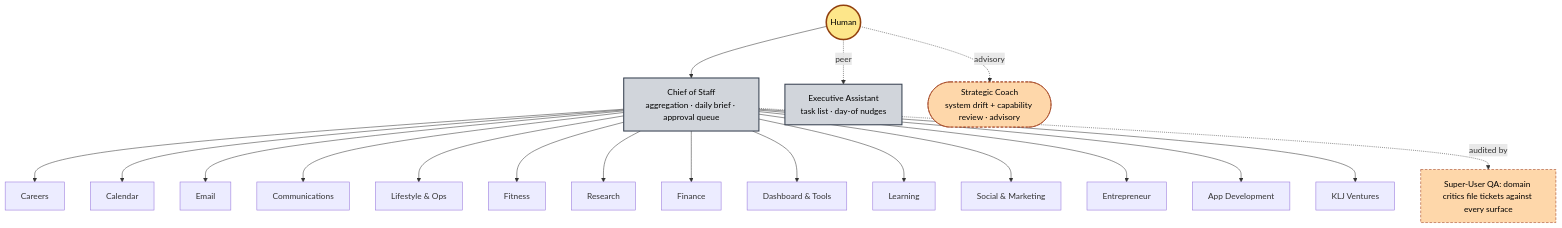
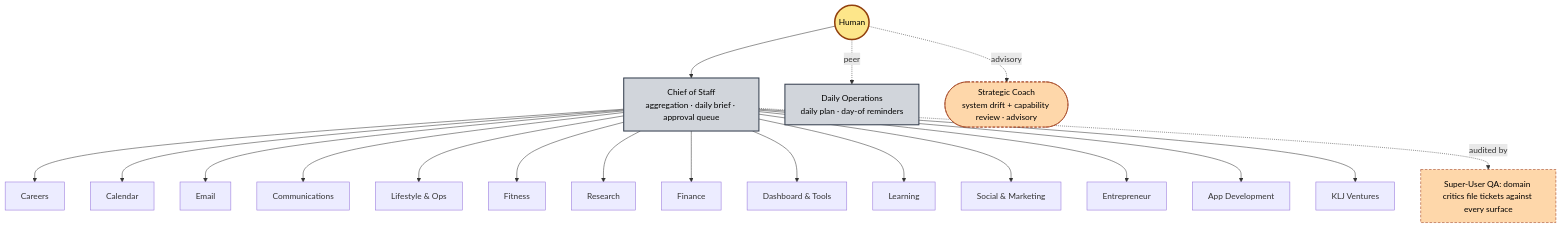
One commit to khlittlejohn-hue/executive-office changed the diagram in README.md. Above: the diagram before and after it, drawn with Mermaid. The commit also changed 2 other files, not shown here.

Commit message:
Reword two role labels: "Executive Assistant" to "Daily Operations", "inbox triage" to "correspondence sorting"
Text only (Kyle decision 747). Matches the Daily Operations label on the website's
Executive Office map. README: diagram node label and id (EA to DOPS) and its
description. ARCHITECTURE: the leadership-layer row and the Email department row.
AGENT-CATALOG: the leadership-layer sentence and table row. Descriptions that read
as assistant work ("task list", "nudges", "inbound routing") now read "daily plan",
"reminders", "request routing". No other wording changed.

````diff
--- a/README.md
+++ b/README.md
@@ -43,36 +43,36 @@
 ```mermaid
 flowchart TB
     Principal(("Human"))
     COS["Chief of Staff<br/>aggregation · daily brief · approval queue"]
-    EA["Executive Assistant<br/>task list · day-of nudges"]
+    DOPS["Daily Operations<br/>daily plan · day-of reminders"]
     Coach(["Strategic Coach<br/>system drift + capability review · advisory"])
 
     Principal --> COS
-    Principal -.peer.-> EA
+    Principal -.peer.-> DOPS
     Principal -.advisory.-> Coach
 
     COS --> D1["Careers"]
     COS --> D2["Calendar"]
     COS --> D3["Email"]
     COS --> D4["Communications"]
     COS --> D5["Lifestyle & Ops"]
     COS --> D6["Fitness"]
     COS --> D7["Research"]
     COS --> D8["Finance"]
     COS --> D9["Dashboard & Tools"]
     COS --> D10["Learning"]
     COS --> D11["Social & Marketing"]
     COS --> D12["Entrepreneur"]
     COS --> D13["App Development"]
     COS --> D14["KLJ Ventures"]
 
     QA["Super-User QA: domain critics file tickets against every surface"]
     COS -.audited by.-> QA
 
     classDef p fill:#fde68a,stroke:#92400e,stroke-width:3px,color:#000
     classDef c fill:#d1d5db,stroke:#374151,stroke-width:2px,color:#000
     classDef a fill:#fed7aa,stroke:#9a3412,stroke-dasharray:5 3,color:#000
     class Principal p
-    class COS,EA c
+    class COS,DOPS c
     class Coach,QA a
 ```
````
